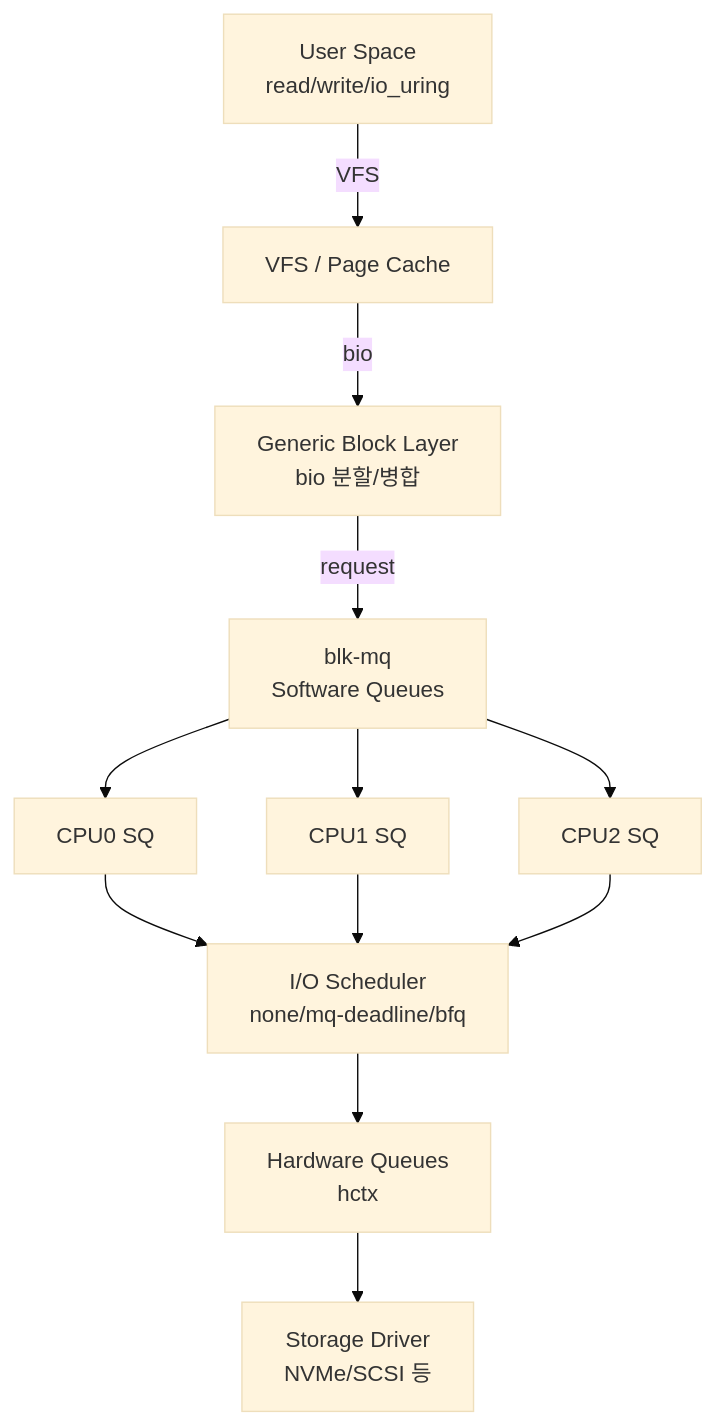
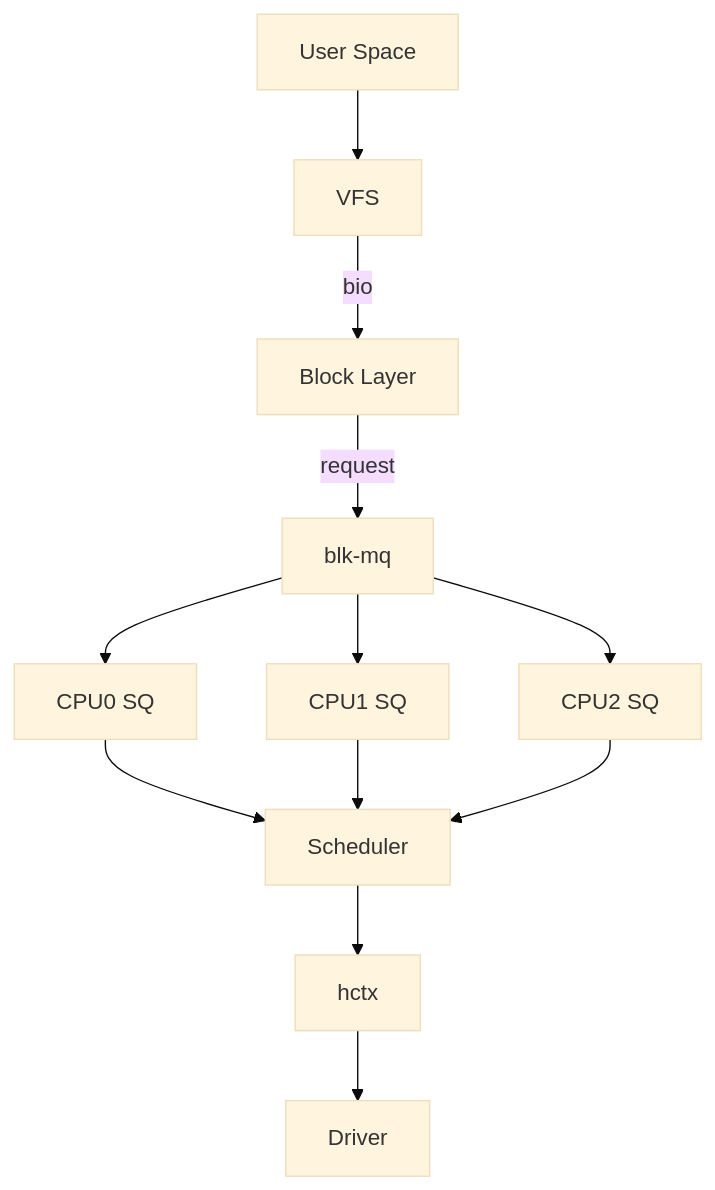
Before and after one commit to moonblueblue/devops-wiki: the diagram in content/linux/filesystem-storage/io-scheduler.md, drawn with Mermaid (base theme). The commit also changed other lines of this file and 37 other files, not shown here.

First line of the commit message:
style: linux 카테고리 ASCII 도표·Mermaid 라벨 형식 교정

````diff
--- a/content/linux/filesystem-storage/io-scheduler.md
+++ b/content/linux/filesystem-storage/io-scheduler.md
@@ -34,25 +34,25 @@
 ```mermaid
 graph TD
-    APP["User Space\nread/write/io_uring"]
-    VFS["VFS / Page Cache"]
-    BIO["Generic Block Layer\nbio 분할/병합"]
-    MQ["blk-mq\nSoftware Queues"]
+    APP["User Space"]
+    VFS["VFS"]
+    BIO["Block Layer"]
+    MQ["blk-mq"]
     SQ0["CPU0 SQ"]
     SQ1["CPU1 SQ"]
     SQ2["CPU2 SQ"]
-    SCHED["I/O Scheduler\nnone/mq-deadline/bfq"]
-    HCTX["Hardware Queues\nhctx"]
-    DRV["Storage Driver\nNVMe/SCSI 등"]
+    SCHED["Scheduler"]
+    HCTX["hctx"]
+    DRV["Driver"]
 
-    APP -- "VFS" --> VFS
+    APP --> VFS
     VFS -- "bio" --> BIO
     BIO -- "request" --> MQ
     MQ --> SQ0
     MQ --> SQ1
     MQ --> SQ2
     SQ0 --> SCHED
     SQ1 --> SCHED
     SQ2 --> SCHED
     SCHED --> HCTX
     HCTX --> DRV
 ```
````
